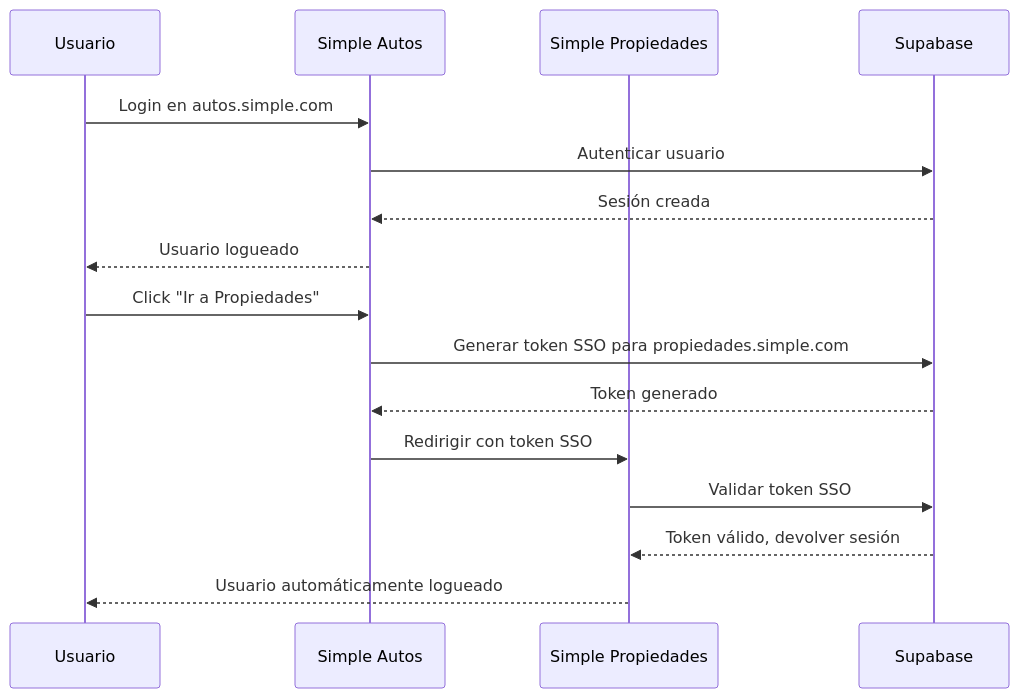
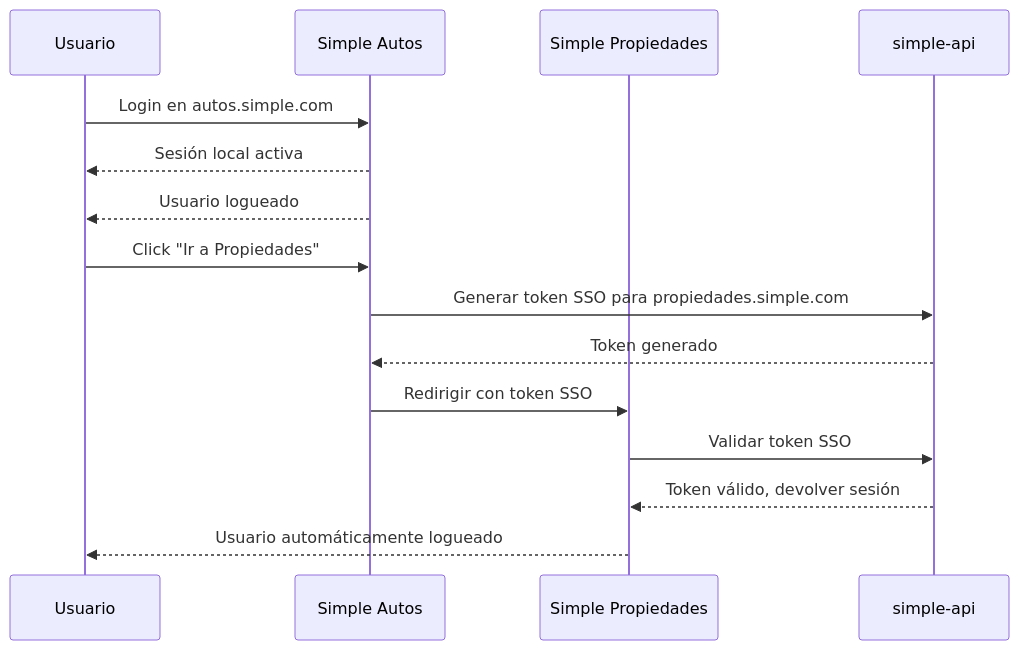
Before and after one commit to soychrispencer/simple: the diagram in packages/auth/src/sso/README.md, drawn with Mermaid. The commit also changed other lines of this file and 162 other files, not shown here.

````diff
--- a/packages/auth/src/sso/README.md
+++ b/packages/auth/src/sso/README.md
@@ -25,20 +25,19 @@
 ```mermaid
 sequenceDiagram
     participant U as Usuario
     participant A as Simple Autos
     participant P as Simple Propiedades
-    participant S as Supabase
+    participant S as simple-api
 
     U->>A: Login en autos.simple.com
-    A->>S: Autenticar usuario
-    S-->>A: Sesión creada
+    A-->>U: Sesión local activa
     A-->>U: Usuario logueado
 
     U->>A: Click "Ir a Propiedades"
     A->>S: Generar token SSO para propiedades.simple.com
     S-->>A: Token generado
     A->>P: Redirigir con token SSO
     P->>S: Validar token SSO
     S-->>P: Token válido, devolver sesión
     P-->>U: Usuario automáticamente logueado
 ```
````
